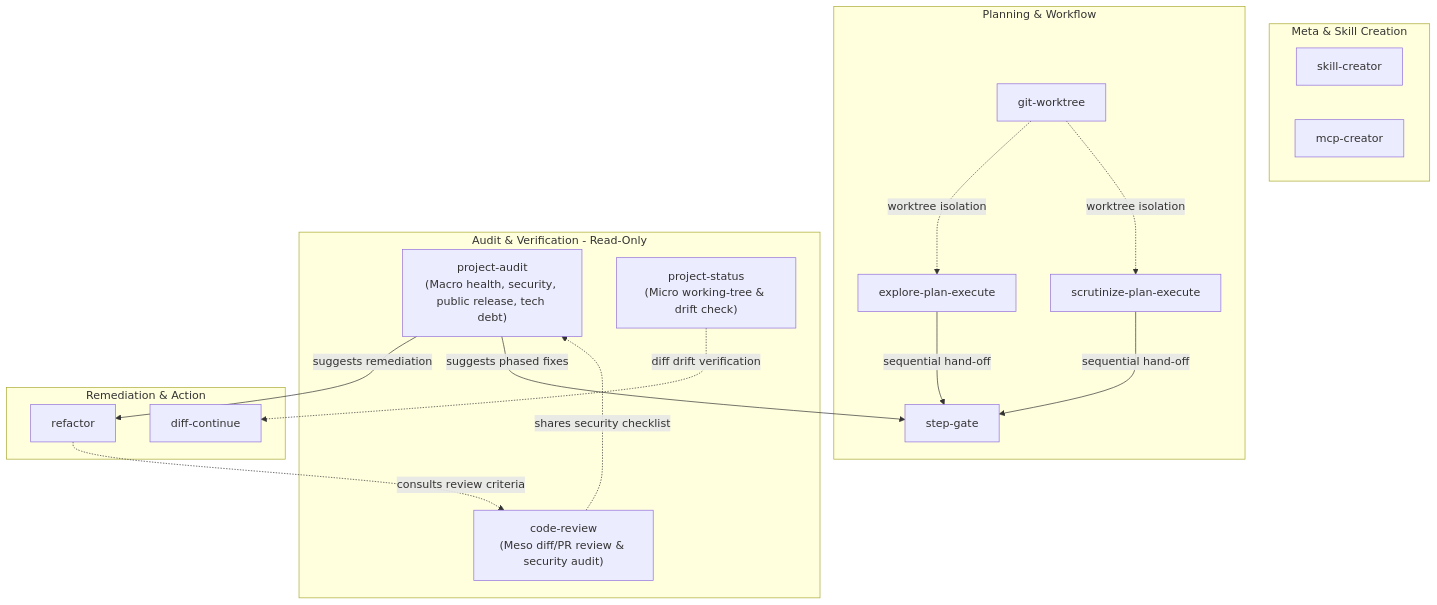
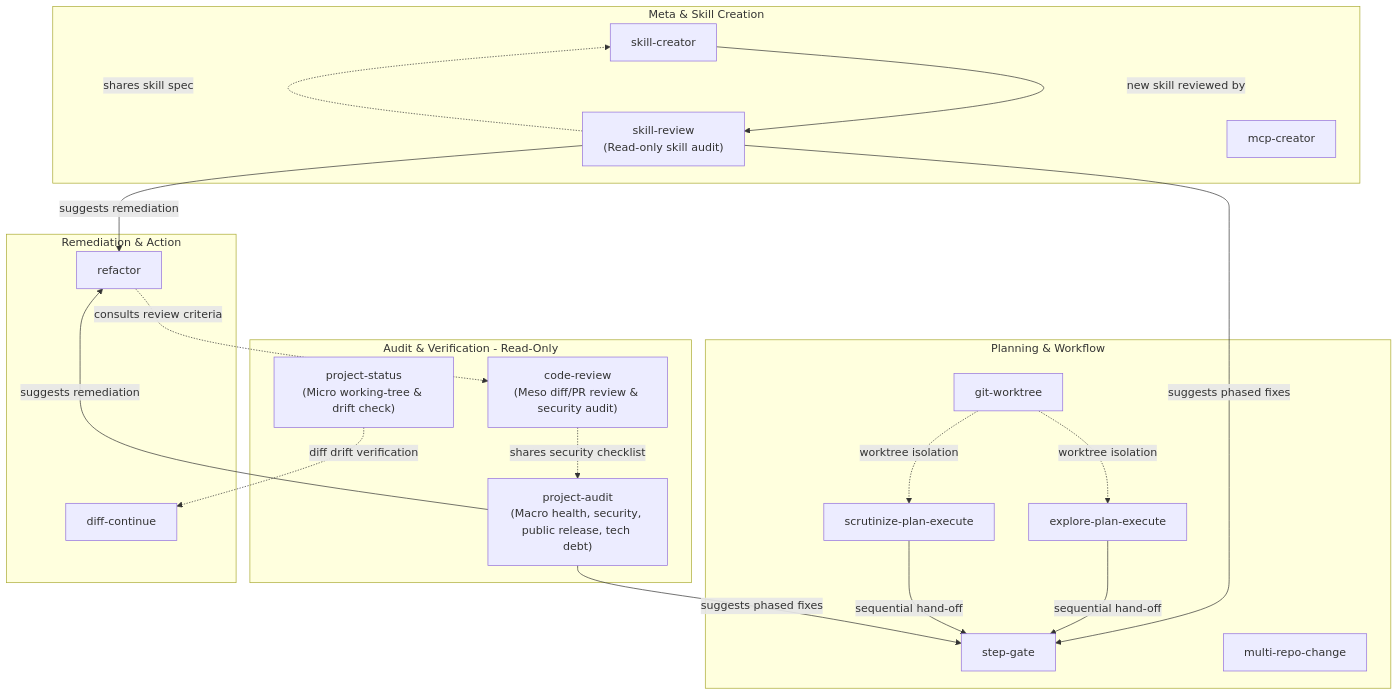
The diagram in AGENTS.md (berquerant/agent-skills), drawn with Mermaid before and after one commit. The commit also changed other lines of this file and 13 other files, not shown here.

Commit message:
feat: integrate skill-review and multi-repo-change with spec compliance fixes

````diff
--- a/AGENTS.md
+++ b/AGENTS.md
@@ -43,39 +43,46 @@
 ```mermaid
 flowchart TD
     subgraph Meta ["Meta & Skill Creation"]
         SC[skill-creator]
+        SR["skill-review<br/>(Read-only skill audit)"]
         MC[mcp-creator]
     end
 
     subgraph Planning ["Planning & Workflow"]
         EPE[explore-plan-execute]
         SPE[scrutinize-plan-execute]
         SG[step-gate]
         GW[git-worktree]
+        MRC[multi-repo-change]
     end
 
     subgraph Audit ["Audit & Verification - Read-Only"]
         PA["project-audit<br/>(Macro health, security, public release, tech debt)"]
         PS["project-status<br/>(Micro working-tree & drift check)"]
         CR["code-review<br/>(Meso diff/PR review & security audit)"]
     end
 
     subgraph Remediation ["Remediation & Action"]
         RF[refactor]
         DC[diff-continue]
     end
 
     %% Workflows & Hand-offs
     EPE -->|sequential hand-off| SG
     SPE -->|sequential hand-off| SG
     GW -.->|worktree isolation| EPE
     GW -.->|worktree isolation| SPE
 
     PA -->|suggests remediation| RF
     PA -->|suggests phased fixes| SG
 
     CR -.->|shares security checklist| PA
     RF -.->|consults review criteria| CR
 
     PS -.->|diff drift verification| DC
+
+    SC -->|new skill reviewed by| SR
+    SR -.->|shares skill spec| SC
+    SR -->|suggests phased fixes| SG
+    SR -->|suggests remediation| RF
 ```
````
